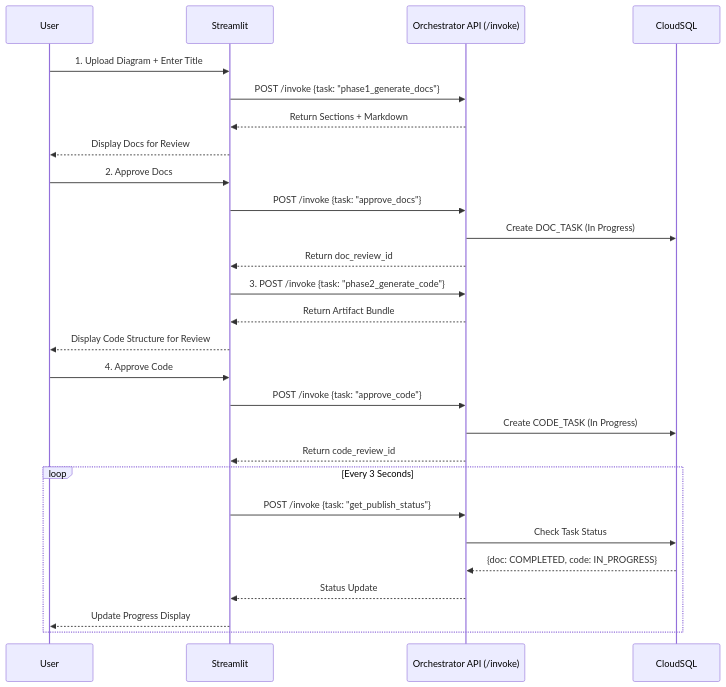
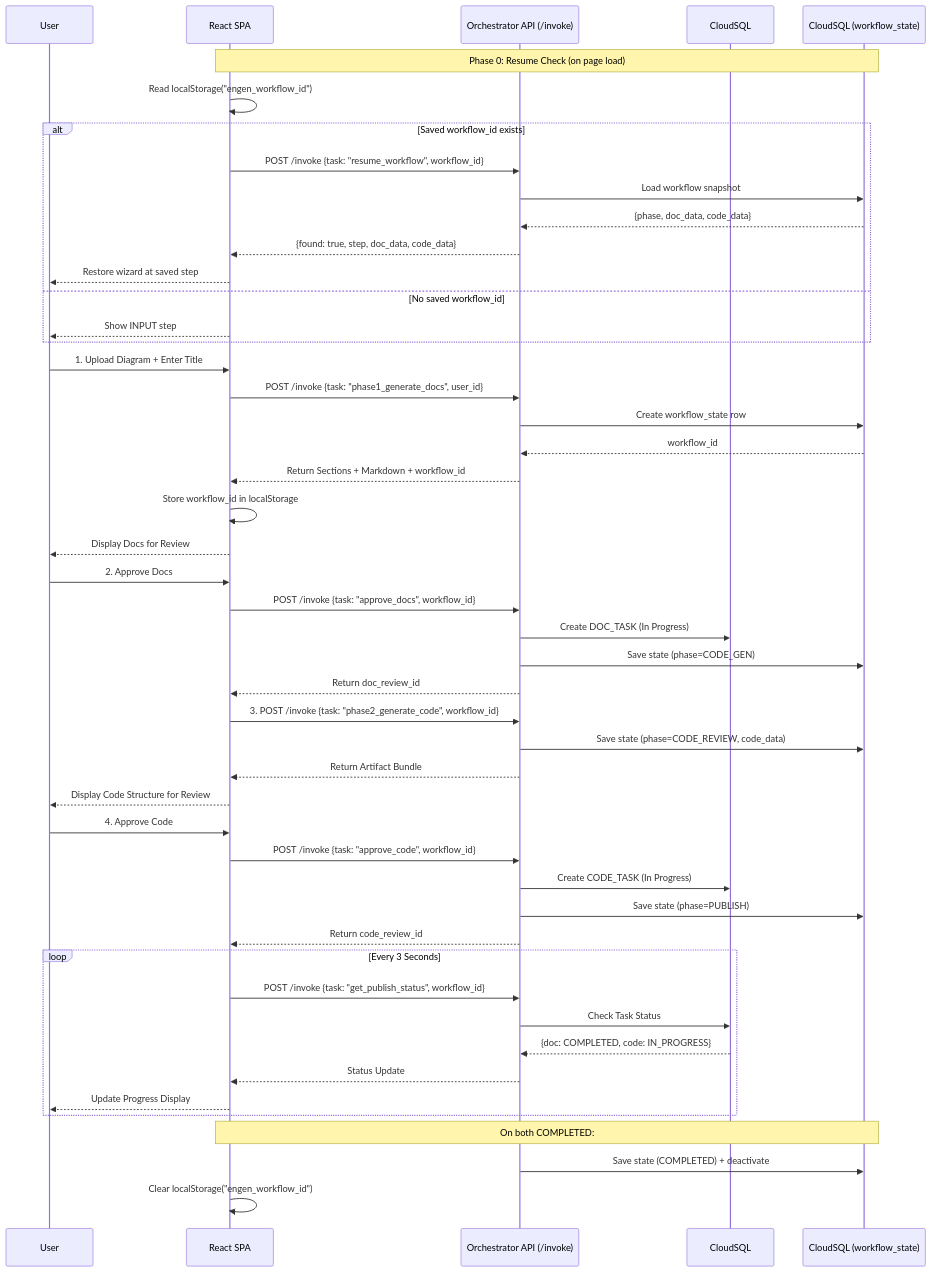
One commit to rnerurkar/engen changed the tenth of 10 diagrams in DESIGN_DOCUMENT.md. Above: the diagram before and after it, drawn with Mermaid. The commit also changed other lines of this file, not shown here.

First line of the commit message:
docs: update Design Document v2.4 — React SPA + resumable workflow persistence

````diff
--- a/DESIGN_DOCUMENT.md
+++ b/DESIGN_DOCUMENT.md
@@ -1243,34 +1274,57 @@
 ```mermaid
 sequenceDiagram
     participant User
-    participant Streamlit
+    participant SPA as React SPA
     participant Orch as Orchestrator API (/invoke)
     participant DB as CloudSQL
+    participant WFS as CloudSQL (workflow_state)
 
-    User->>Streamlit: 1. Upload Diagram + Enter Title
-    Streamlit->>Orch: POST /invoke {task: "phase1_generate_docs"}
-    Orch-->>Streamlit: Return Sections + Markdown
-    Streamlit-->>User: Display Docs for Review
+    Note over SPA,WFS: Phase 0: Resume Check (on page load)
+    SPA->>SPA: Read localStorage("engen_workflow_id")
+    alt Saved workflow_id exists
+        SPA->>Orch: POST /invoke {task: "resume_workflow", workflow_id}
+        Orch->>WFS: Load workflow snapshot
+        WFS-->>Orch: {phase, doc_data, code_data}
+        Orch-->>SPA: {found: true, step, doc_data, code_data}
+        SPA-->>User: Restore wizard at saved step
+    else No saved workflow_id
+        SPA-->>User: Show INPUT step
+    end
 
-    User->>Streamlit: 2. Approve Docs
-    Streamlit->>Orch: POST /invoke {task: "approve_docs"}
+    User->>SPA: 1. Upload Diagram + Enter Title
+    SPA->>Orch: POST /invoke {task: "phase1_generate_docs", user_id}
+    Orch->>WFS: Create workflow_state row
+    WFS-->>Orch: workflow_id
+    Orch-->>SPA: Return Sections + Markdown + workflow_id
+    SPA->>SPA: Store workflow_id in localStorage
+    SPA-->>User: Display Docs for Review
+
+    User->>SPA: 2. Approve Docs
+    SPA->>Orch: POST /invoke {task: "approve_docs", workflow_id}
     Orch->>DB: Create DOC_TASK (In Progress)
-    Orch-->>Streamlit: Return doc_review_id
+    Orch->>WFS: Save state (phase=CODE_GEN)
+    Orch-->>SPA: Return doc_review_id
     
-    Streamlit->>Orch: 3. POST /invoke {task: "phase2_generate_code"}
-    Orch-->>Streamlit: Return Artifact Bundle
-    Streamlit-->>User: Display Code Structure for Review
+    SPA->>Orch: 3. POST /invoke {task: "phase2_generate_code", workflow_id}
+    Orch->>WFS: Save state (phase=CODE_REVIEW, code_data)
+    Orch-->>SPA: Return Artifact Bundle
+    SPA-->>User: Display Code Structure for Review
 
-    User->>Streamlit: 4. Approve Code
-    Streamlit->>Orch: POST /invoke {task: "approve_code"}
+    User->>SPA: 4. Approve Code
+    SPA->>Orch: POST /invoke {task: "approve_code", workflow_id}
     Orch->>DB: Create CODE_TASK (In Progress)
-    Orch-->>Streamlit: Return code_review_id
+    Orch->>WFS: Save state (phase=PUBLISH)
+    Orch-->>SPA: Return code_review_id
 
     loop Every 3 Seconds
-        Streamlit->>Orch: POST /invoke {task: "get_publish_status"}
+        SPA->>Orch: POST /invoke {task: "get_publish_status", workflow_id}
         Orch->>DB: Check Task Status
         DB-->>Orch: {doc: COMPLETED, code: IN_PROGRESS}
-        Orch-->>Streamlit: Status Update
-        Streamlit-->>User: Update Progress Display
+        Orch-->>SPA: Status Update
+        SPA-->>User: Update Progress Display
     end
+    
+    Note over SPA,WFS: On both COMPLETED:
+    Orch->>WFS: Save state (COMPLETED) + deactivate
+    SPA->>SPA: Clear localStorage("engen_workflow_id")
 ```
````
